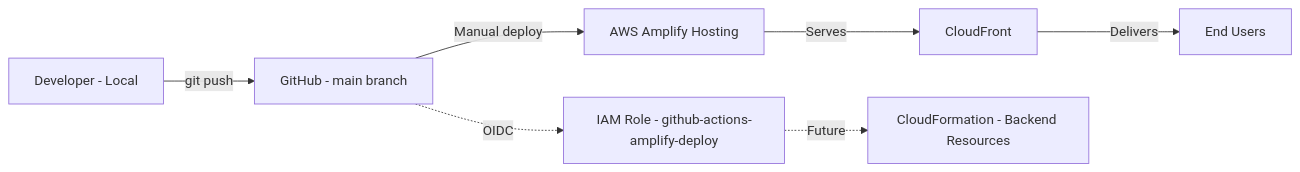
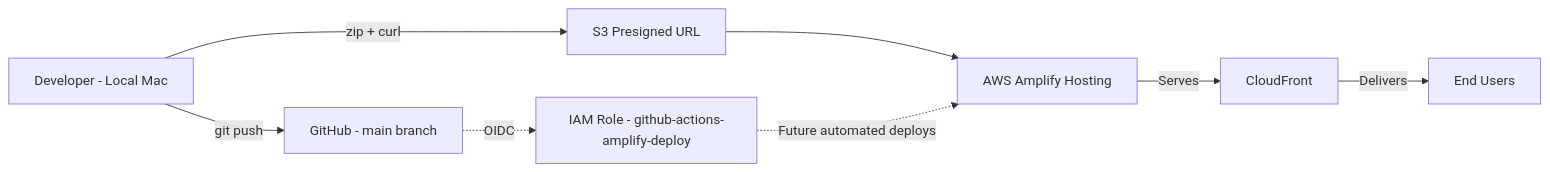
The third of 3 diagrams in docs/ARCHITECTURE.md (danielmatlock/workspaces-well-architected-review), drawn with Mermaid before and after one commit. The commit also changed other lines of this file and 1 other file, not shown here.

Commit message:
Update architecture diagram and add CHANGELOG.md

````diff
--- a/docs/ARCHITECTURE.md
+++ b/docs/ARCHITECTURE.md
@@ -38,10 +51,11 @@
 ```mermaid
 flowchart LR
-    Dev[Developer - Local] -->|git push| GH[GitHub - main branch]
-    GH -->|Manual deploy| Amplify[AWS Amplify Hosting]
+    Dev[Developer - Local Mac] -->|git push| GH[GitHub - main branch]
+    Dev -->|zip + curl| S3Upload[S3 Presigned URL]
+    S3Upload --> Amplify[AWS Amplify Hosting]
     Amplify -->|Serves| CF[CloudFront]
     CF -->|Delivers| Users[End Users]
     
     GH -.->|OIDC| Role[IAM Role - github-actions-amplify-deploy]
-    Role -.->|Future| CFN[CloudFormation - Backend Resources]
+    Role -.->|Future automated deploys| Amplify
 ```
````
